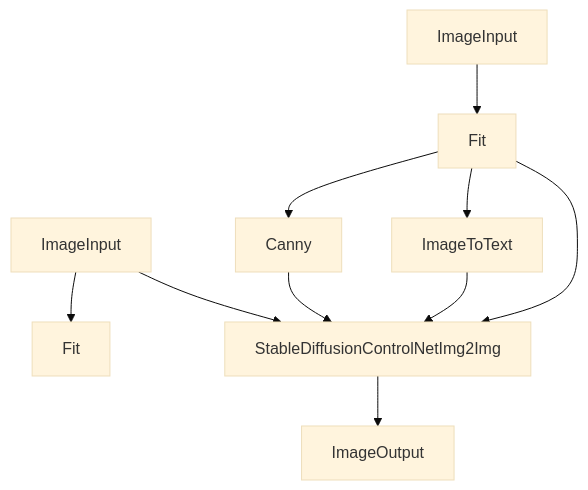
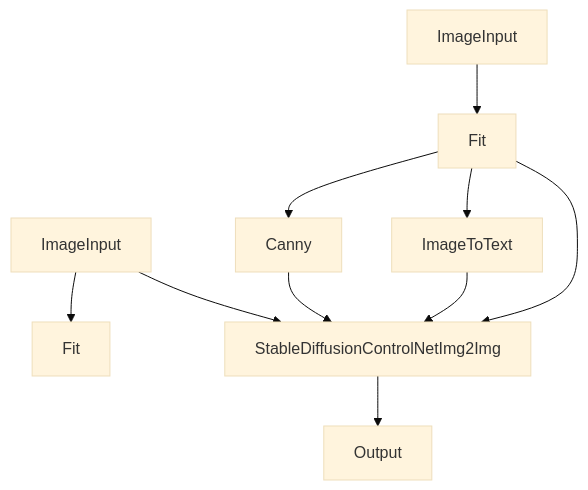
One commit to nodetool-ai/nodetool changed the tenth of 11 diagrams in docs/cookbook.md. Above: the diagram before and after it, drawn with Mermaid (base theme). The commit also changed other lines of this file and 24 other files, not shown here.

```diff
--- a/docs/cookbook.md
+++ b/docs/cookbook.md
@@ -449,20 +449,20 @@
 {% mermaid %}
 graph TD
   stable_diffusion_control_net_img2img["StableDiffusionControlNetImg2Img"]
   image_input_1["ImageInput"]
   image_input_2["ImageInput"]
-  image_output["ImageOutput"]
+  output["Output"]
   canny["Canny"]
   image_to_text["ImageToText"]
   fit_1["Fit"]
   fit_2["Fit"]
-  stable_diffusion_control_net_img2img --> image_output
+  stable_diffusion_control_net_img2img --> output
   canny --> stable_diffusion_control_net_img2img
   image_to_text --> stable_diffusion_control_net_img2img
   image_input_2 --> fit_1
   image_input_1 --> fit_2
   fit_2 --> canny
   fit_2 --> image_to_text
   image_input_2 --> stable_diffusion_control_net_img2img
   fit_2 --> stable_diffusion_control_net_img2img
 {% endmermaid %}
```
